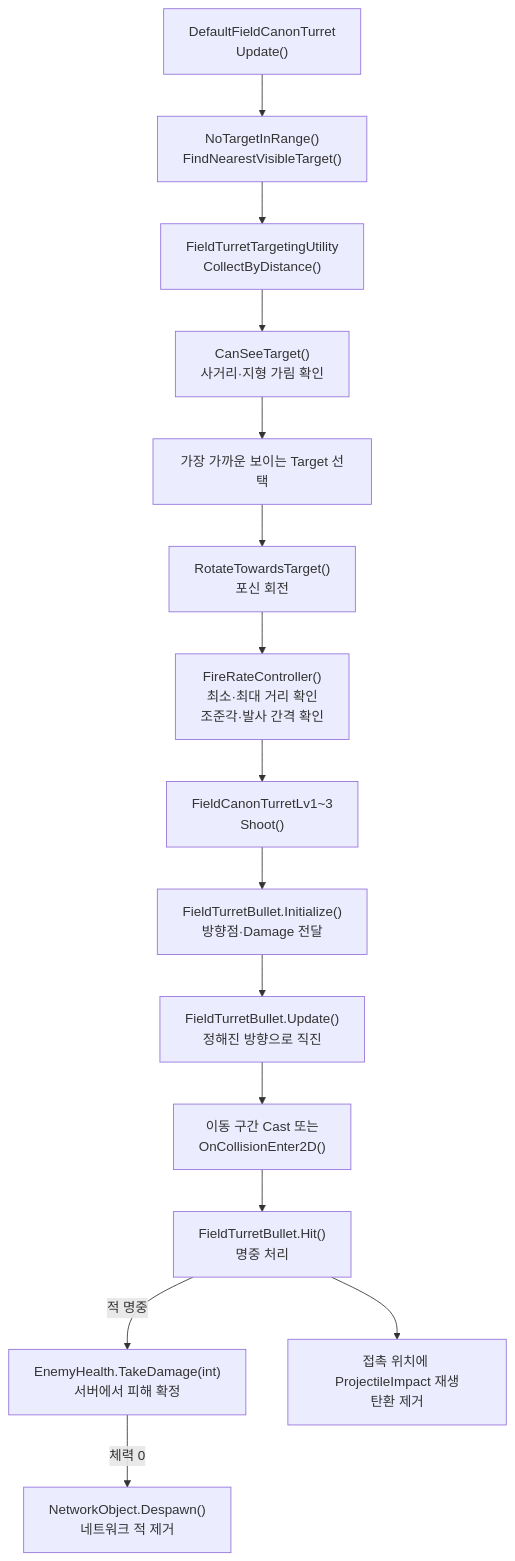
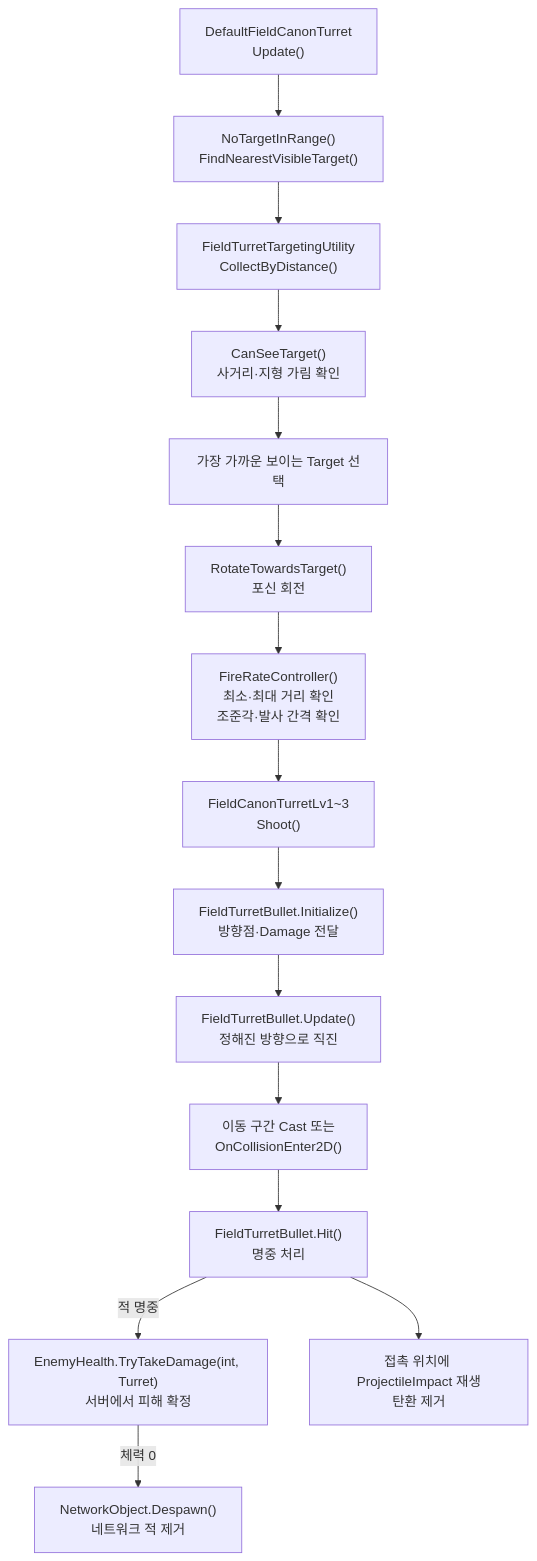
Before and after one commit to Team-HJD-21/unity-6-the-developer: the ninth of 17 diagrams in Docs/02_architecture/07_turrets/turret-system-guide.md, drawn with Mermaid. The commit also changed other lines of this file and 3 other files, not shown here.

````diff
--- a/Docs/02_architecture/07_turrets/turret-system-guide.md
+++ b/Docs/02_architecture/07_turrets/turret-system-guide.md
@@ -446,17 +446,17 @@
 ```mermaid
 flowchart TD
     Update["DefaultFieldCanonTurret<br>Update()"] --> Search["NoTargetInRange()<br>FindNearestVisibleTarget()"]
     Search --> Collect["FieldTurretTargetingUtility<br>CollectByDistance()"]
     Collect --> RangeCheck["CanSeeTarget()<br>사거리·지형 가림 확인"]
     RangeCheck --> Target["가장 가까운 보이는 Target 선택"]
     Target --> Rotate["RotateTowardsTarget()<br>포신 회전"]
     Rotate --> Fire["FireRateController()<br>최소·최대 거리 확인<br>조준각·발사 간격 확인"]
     Fire --> Shoot["FieldCanonTurretLv1~3<br>Shoot()"]
     Shoot --> Init["FieldTurretBullet.Initialize()<br>방향점·Damage 전달"]
     Init --> Move["FieldTurretBullet.Update()<br>정해진 방향으로 직진"]
     Move --> Collision["이동 구간 Cast 또는<br>OnCollisionEnter2D()"]
     Collision --> Hit["FieldTurretBullet.Hit()<br>명중 처리"]
-    Hit -->|적 명중| Damage["EnemyHealth.TakeDamage(int)<br>서버에서 피해 확정"]
+    Hit -->|적 명중| Damage["EnemyHealth.TryTakeDamage(int, Turret)<br>서버에서 피해 확정"]
     Hit --> Impact["접촉 위치에 ProjectileImpact 재생<br>탄환 제거"]
     Damage -->|체력 0| Die["NetworkObject.Despawn()<br>네트워크 적 제거"]
 ```
````
